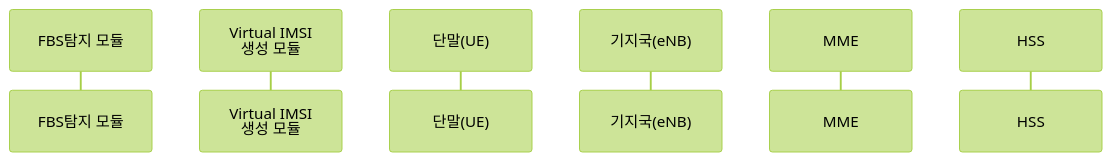
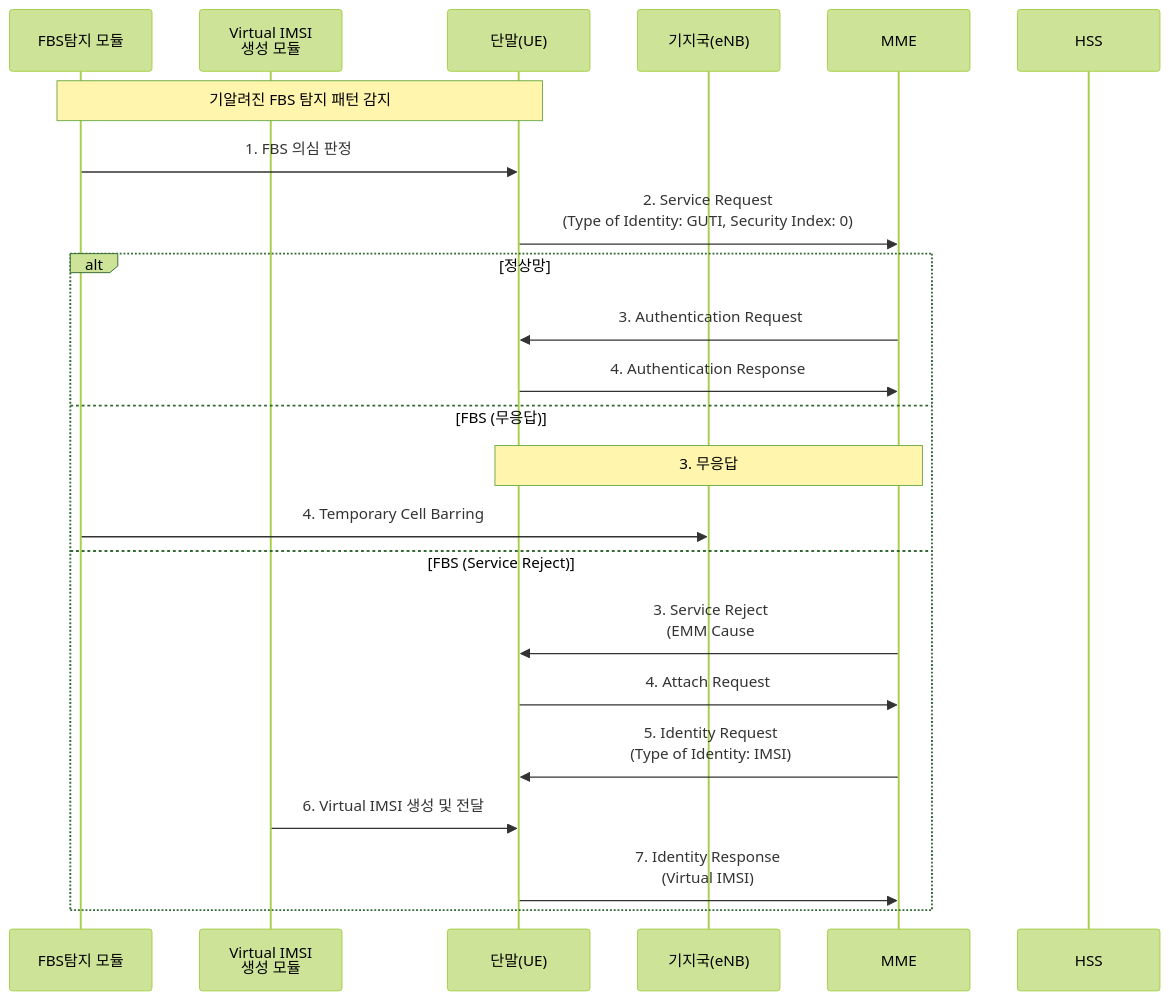
One commit to brianrobo/new-idea-flow changed the diagram in sequence.md. Above: the diagram before and after it, drawn with Mermaid (forest theme). The commit also changed other lines of this file, not shown here.

````diff
--- a/sequence.md
+++ b/sequence.md
@@ -6,10 +1,27 @@
 ```mermaid
 sequenceDiagram
-    autonumber
     participant FBS as FBS탐지 모듈
     participant VIMSI as Virtual IMSI<br/>생성 모듈
     participant UE as 단말(UE)
     participant eNB as 기지국(eNB)
     participant MME as MME
     participant HSS as HSS
+
+    Note over FBS,UE: 기알려진 FBS 탐지 패턴 감지
+    FBS->>UE: 1. FBS 의심 판정
+    UE->>MME: 2. Service Request<br/>(Type of Identity: GUTI, Security Index: 0)
+
+    alt 정상망
+        MME->>UE: 3. Authentication Request
+        UE->>MME: 4. Authentication Response
+    else FBS (무응답)
+        Note over MME,UE: 3. 무응답
+        FBS->>eNB: 4. Temporary Cell Barring
+    else FBS (Service Reject)
+        MME->>UE: 3. Service Reject<br/>(EMM Cause #9 또는 #10)
+        UE->>MME: 4. Attach Request
+        MME->>UE: 5. Identity Request<br/>(Type of Identity: IMSI)
+        VIMSI->>UE: 6. Virtual IMSI 생성 및 전달
+        UE->>MME: 7. Identity Response<br/>(Virtual IMSI)
+    end
 ```
````
